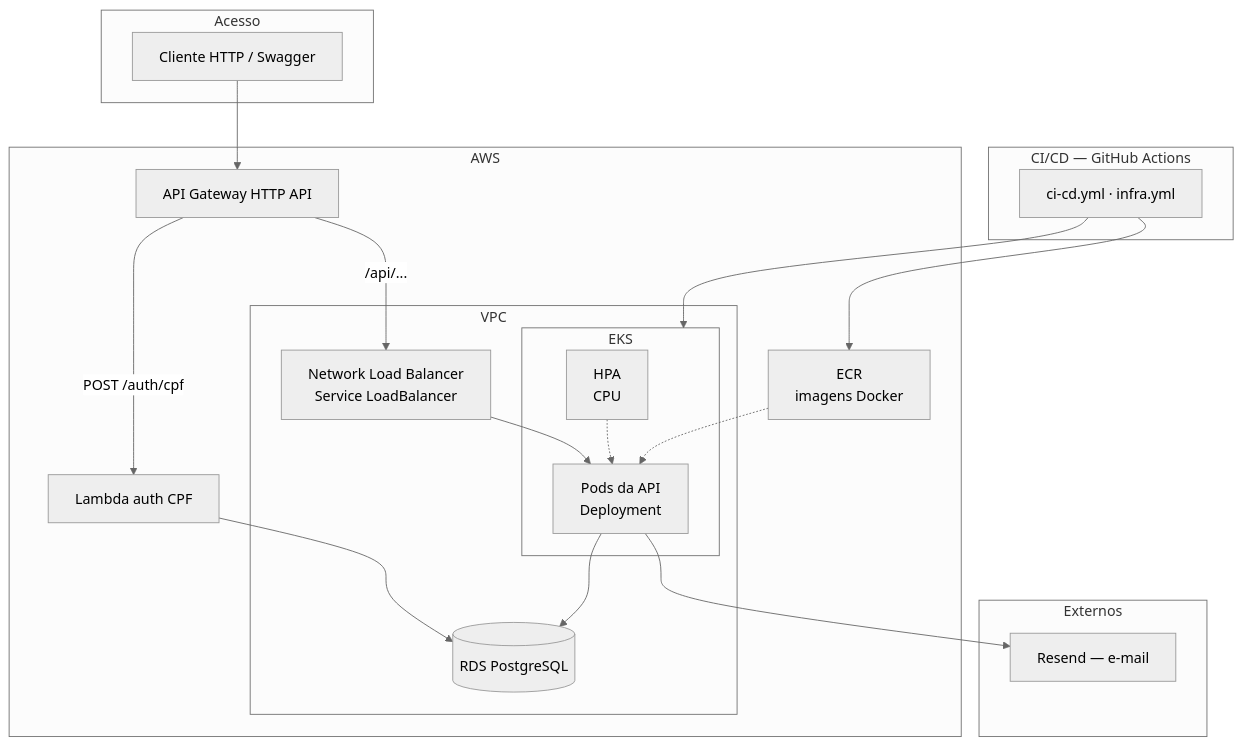
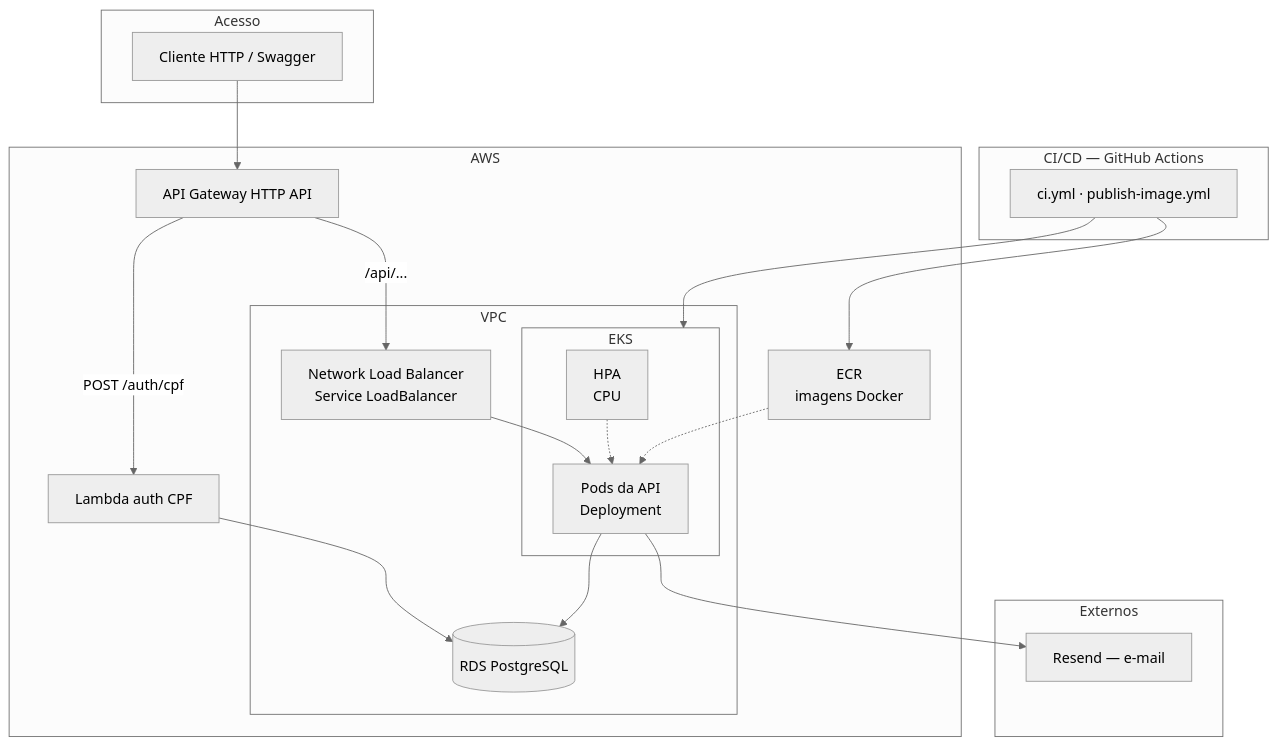
The first of 2 diagrams in docs/deployment/README.md (32SOAT/oficina-mecanica-api), drawn with Mermaid (neutral theme) before and after one commit. The commit also changed other lines of this file and 8 other files, not shown here.

````diff
--- a/docs/deployment/README.md
+++ b/docs/deployment/README.md
@@ -7,41 +7,41 @@
 ```mermaid
 flowchart TB
   subgraph Users["Acesso"]
     Client[Cliente HTTP / Swagger]
   end
 
   subgraph GHA["CI/CD — GitHub Actions"]
-    Pipeline[ci-cd.yml · infra.yml]
+    Pipeline[ci.yml · publish-image.yml]
   end
 
   subgraph AWS["AWS"]
     ECR[ECR<br/>imagens Docker]
     GW[API Gateway HTTP API]
     Lambda[Lambda auth CPF]
 
     subgraph VPC["VPC"]
       NLB[Network Load Balancer<br/>Service LoadBalancer]
       subgraph EKS["EKS"]
         Pods[Pods da API<br/>Deployment]
         HPA[HPA<br/>CPU]
       end
       RDS[(RDS PostgreSQL)]
     end
   end
 
   subgraph Ext["Externos"]
     Resend[Resend — e-mail]
   end
 
   Client --> GW
   GW -->|POST /auth/cpf| Lambda
   GW -->|/api/...| NLB
   Lambda --> RDS
   NLB --> Pods
   HPA -.-> Pods
   Pods --> RDS
   Pods --> Resend
   Pipeline --> ECR
   ECR -.-> Pods
   Pipeline --> EKS
 ```
````
